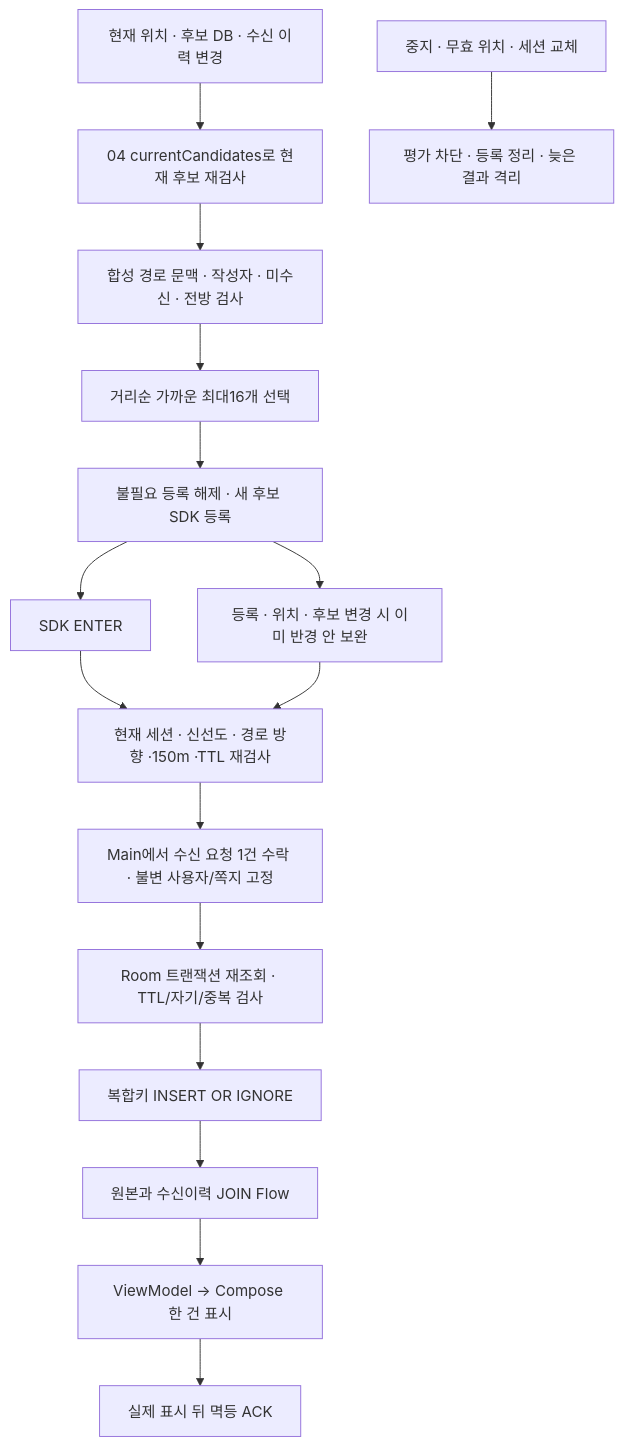
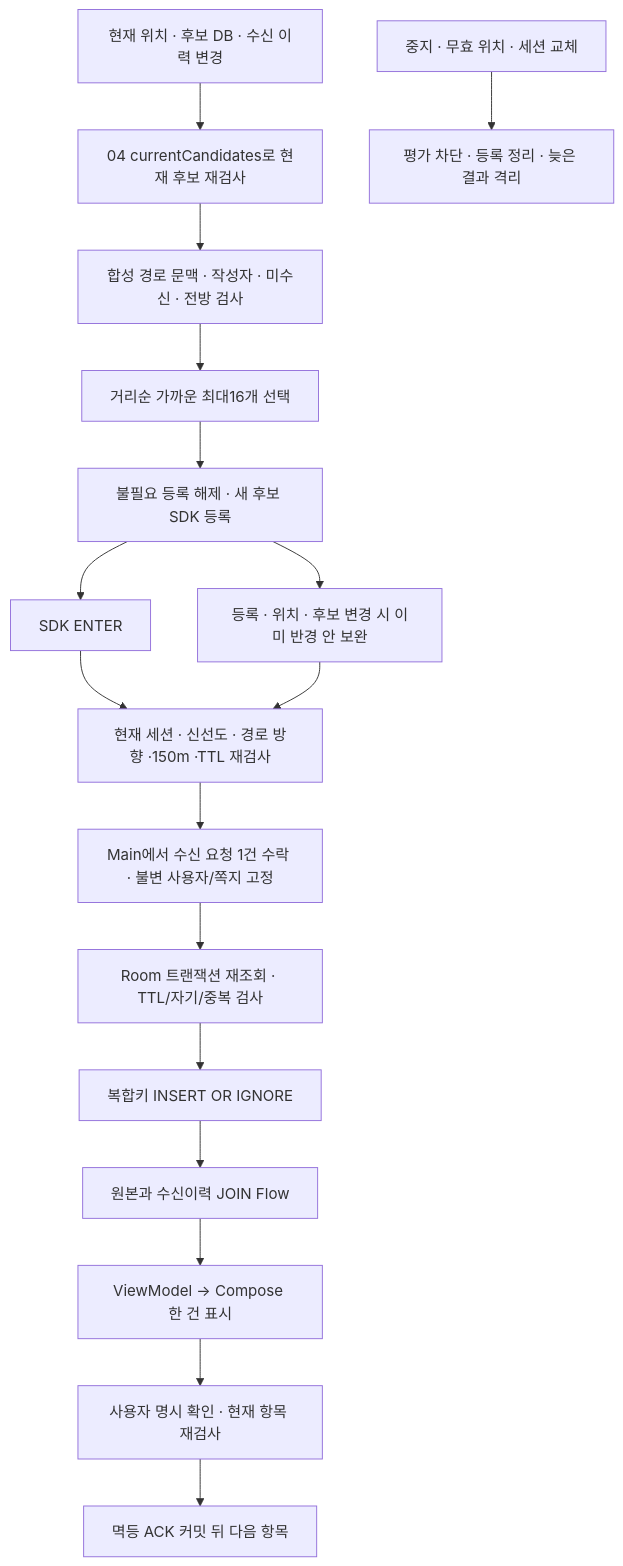
Before and after one commit to jin-kim-240204/hyundai-and-gretel: the diagram in docs/specs/road-notes/05-proximity-and-receipts.md, drawn with Mermaid. The commit also changed other lines of this file and 3 other files, not shown here.

````diff
--- a/docs/specs/road-notes/05-proximity-and-receipts.md
+++ b/docs/specs/road-notes/05-proximity-and-receipts.md
@@ -13,18 +13,19 @@
 ```mermaid
 flowchart TD
     Change[현재 위치 · 후보 DB · 수신 이력 변경] --> Current[04 currentCandidates로 현재 후보 재검사]
     Current --> Context[합성 경로 문맥 · 작성자 · 미수신 · 전방 검사]
     Context --> Select[거리순 가까운 최대16개 선택]
     Select --> Sync[불필요 등록 해제 · 새 후보 SDK 등록]
     Sync --> Enter[SDK ENTER]
     Sync --> Inside[등록 · 위치 · 후보 변경 시 이미 반경 안 보완]
     Enter --> Check[현재 세션 · 신선도 · 경로 방향 ·150m ·TTL 재검사]
     Inside --> Check
     Check --> Accept[Main에서 수신 요청 1건 수락 · 불변 사용자/쪽지 고정]
     Accept --> Tx[Room 트랜잭션 재조회 · TTL/자기/중복 검사]
     Tx --> Insert[복합키 INSERT OR IGNORE]
     Insert --> Join[원본과 수신이력 JOIN Flow]
     Join --> UI[ViewModel → Compose 한 건 표시]
-    UI --> ACK[실제 표시 뒤 멱등 ACK]
+    UI --> Confirm[사용자 명시 확인 · 현재 항목 재검사]
+    Confirm --> ACK[멱등 ACK 커밋 뒤 다음 항목]
     Stop[중지 · 무효 위치 · 세션 교체] --> Cleanup[평가 차단 · 등록 정리 · 늦은 결과 격리]
 ```
````
